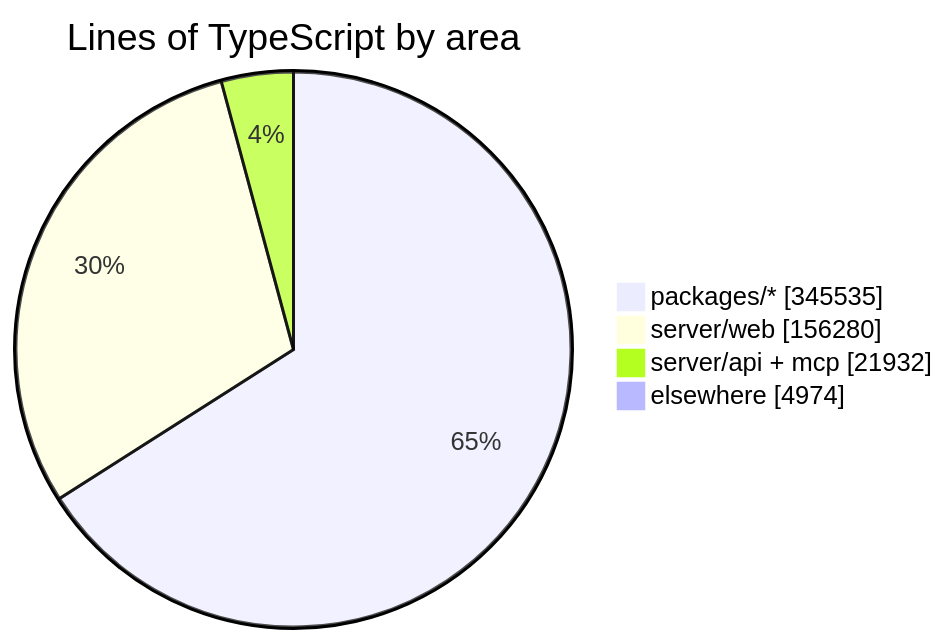
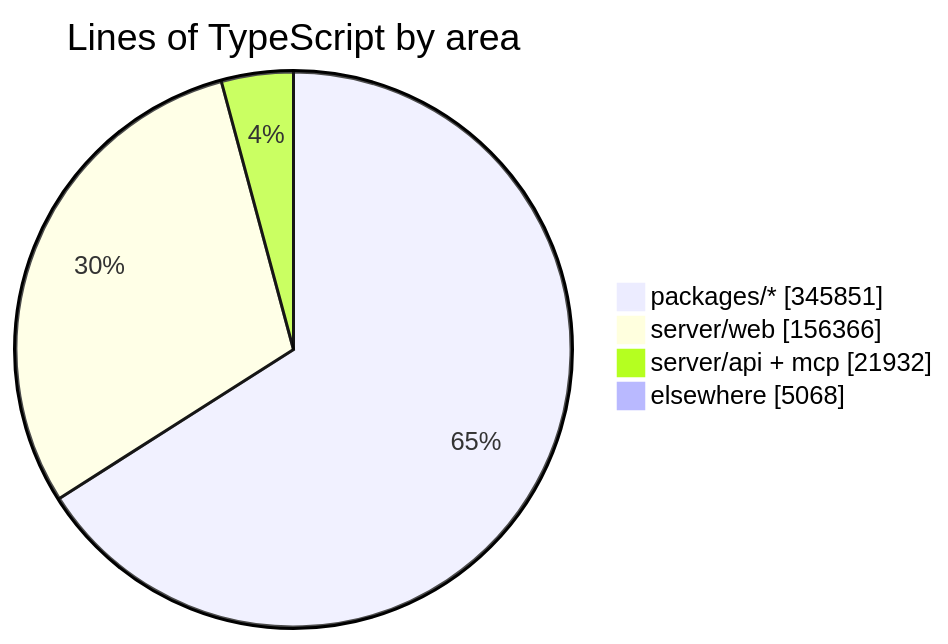
Before and after one commit to crossworks-engineering/mantle: the diagram in README.md, drawn with Mermaid. The commit also changed other lines of this file and 2 other files, not shown here.

````diff
--- a/README.md
+++ b/README.md
@@ -294,7 +294,7 @@
 ```mermaid
 pie showData title Lines of TypeScript by area
-    "packages/*" : 345535
-    "server/web" : 156280
+    "packages/*" : 345851
+    "server/web" : 156366
     "server/api + mcp" : 21932
-    "elsewhere" : 4974
+    "elsewhere" : 5068
 ```
````
